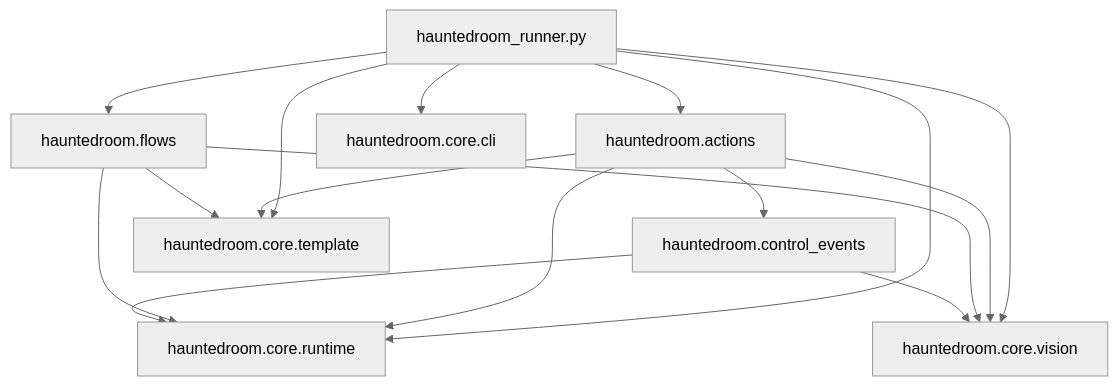
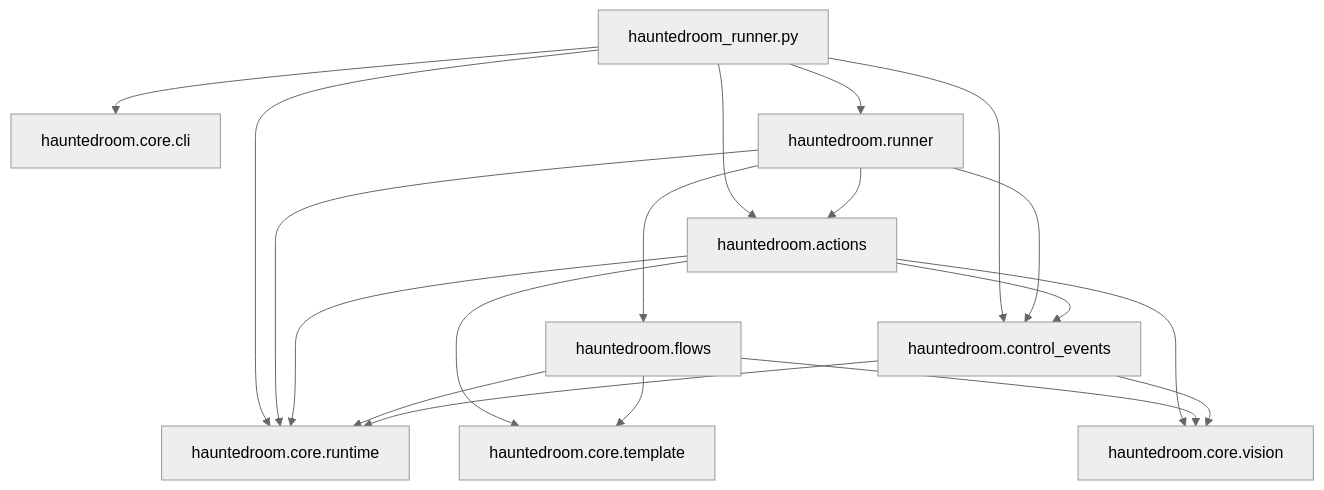
One commit to nhatduyhy11/burrito-bison-bot changed the diagram in docs/ADR_bot.md. Above: the diagram before and after it, drawn with Mermaid (neutral theme). The commit also changed other lines of this file and 13 other files, not shown here.

````diff
--- a/docs/ADR_bot.md
+++ b/docs/ADR_bot.md
@@ -82,27 +95,31 @@
 ```mermaid
 flowchart TD
     entry[hauntedroom_runner.py]
     actions[hauntedroom.actions]
     flows[hauntedroom.flows]
     controlEvents[hauntedroom.control_events]
     cli[hauntedroom.core.cli]
     runtime[hauntedroom.core.runtime]
     template[hauntedroom.core.template]
     vision[hauntedroom.core.vision]
+    runner[hauntedroom.runner]
 
     entry --> actions
-    entry --> flows
+    entry --> runner
     entry --> cli
     entry --> runtime
-    entry --> template
-    entry --> vision
+    entry --> controlEvents
+    runner --> actions
+    runner --> flows
+    runner --> runtime
+    runner --> controlEvents
     actions --> runtime
     actions --> template
     actions --> vision
     actions --> controlEvents
     flows --> runtime
     flows --> template
     flows --> vision
     controlEvents --> runtime
     controlEvents --> vision
 ```
````
